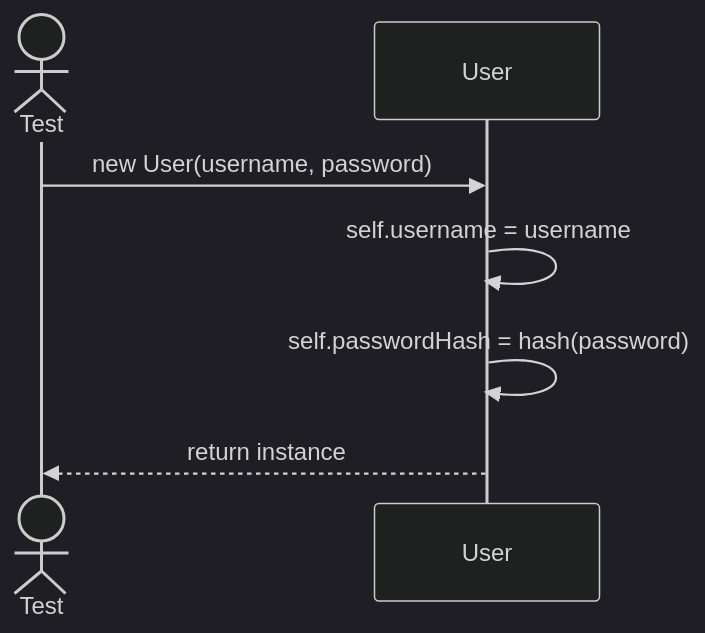
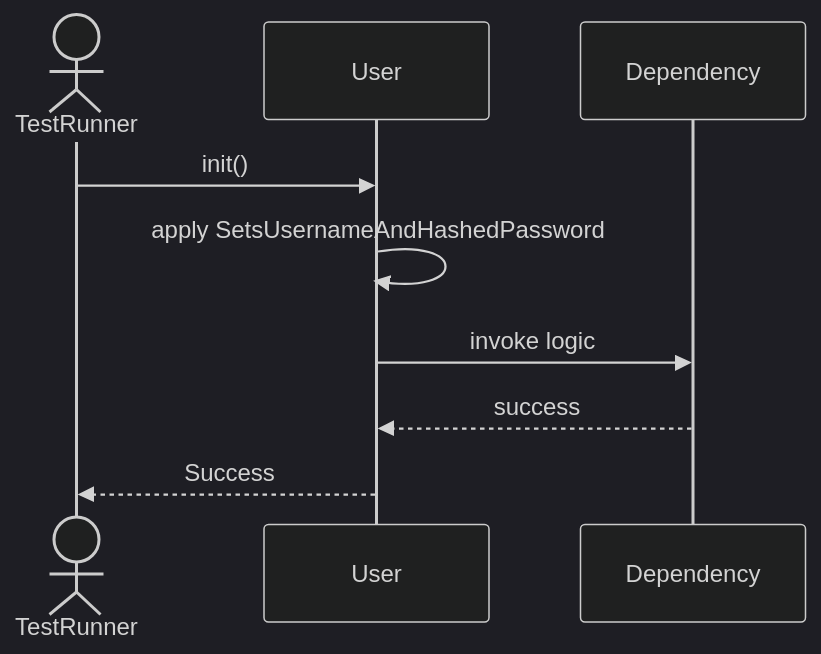
One commit to TamBui1706/DBMS changed the first of 7 diagrams in Sequences/SecurityAccessControl/User.md. Above: the diagram before and after it, drawn with Mermaid (dark theme). The commit also changed other lines of this file and 63 other files, not shown here.

Commit message:
Draw sequence diagram for unit tests

````diff
--- a/Sequences/SecurityAccessControl/User.md
+++ b/Sequences/SecurityAccessControl/User.md
@@ -14,10 +21,10 @@
 ```mermaid
 sequenceDiagram
-    actor Test
+    actor TestRunner
     participant User
-
-    Test->>User: new User(username, password)
-    User->>User: self.username = username
-    User->>User: self.passwordHash = hash(password)
-    User-->>Test: return instance
+    TestRunner->>User: init()
+    User->>User: apply SetsUsernameAndHashedPassword
+    User->>Dependency: invoke logic
+    Dependency-->>User: success
+    User-->>TestRunner: Success
 ```
````
